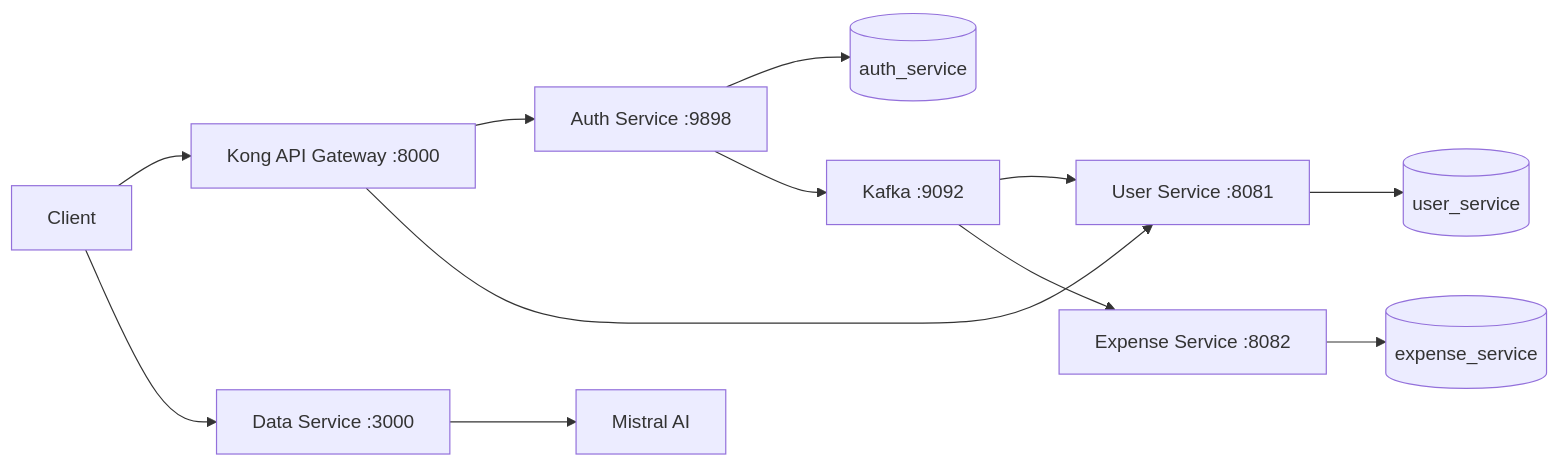
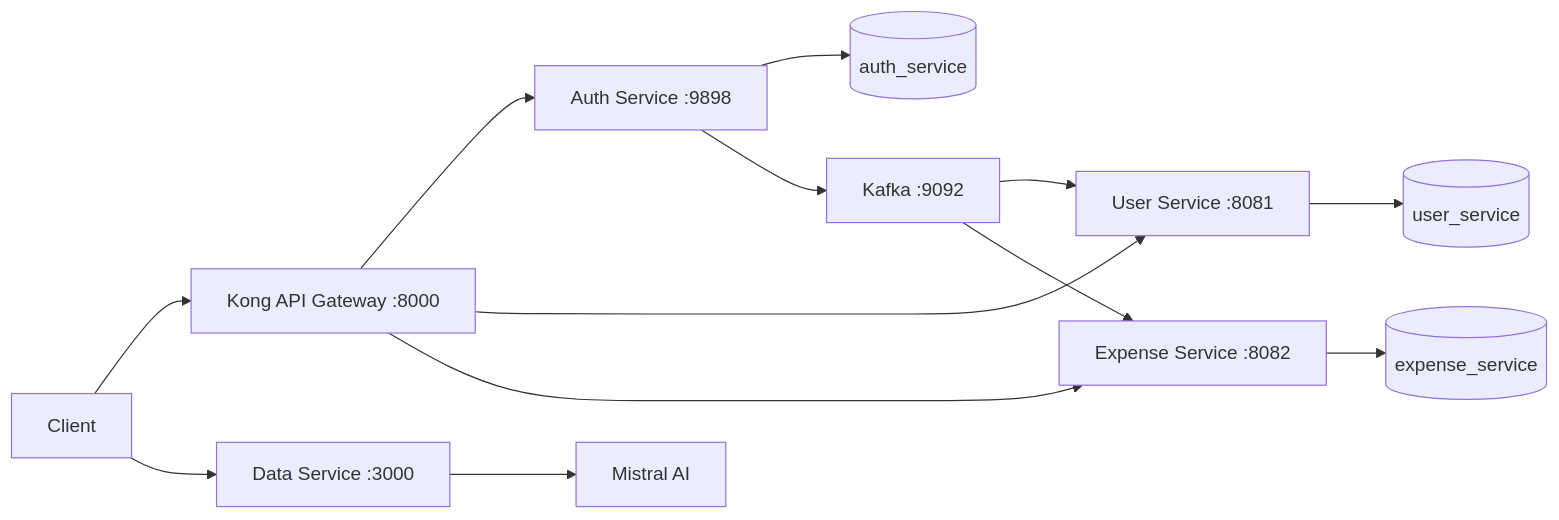
The diagram in README.md (Subham2942/Expense-Tracker), drawn with Mermaid before and after one commit. The commit also changed other lines of this file and 10 other files, not shown here.

````diff
--- a/README.md
+++ b/README.md
@@ -9,14 +9,15 @@
 ```mermaid
 flowchart LR
     Client --> Kong["Kong API Gateway :8000"]
     Kong --> Auth["Auth Service :9898"]
     Kong --> User["User Service :8081"]
+    Kong --> Expense["Expense Service :8082"]
     Auth --> AuthDB[(auth_service)]
     User --> UserDB[(user_service)]
     Auth --> Kafka["Kafka :9092"]
     Kafka --> User
     Kafka --> Expense["Expense Service :8082"]
     Expense --> ExpenseDB[(expense_service)]
     Client --> DS["Data Service :3000"]
     DS --> Mistral["Mistral AI"]
 ```
````
